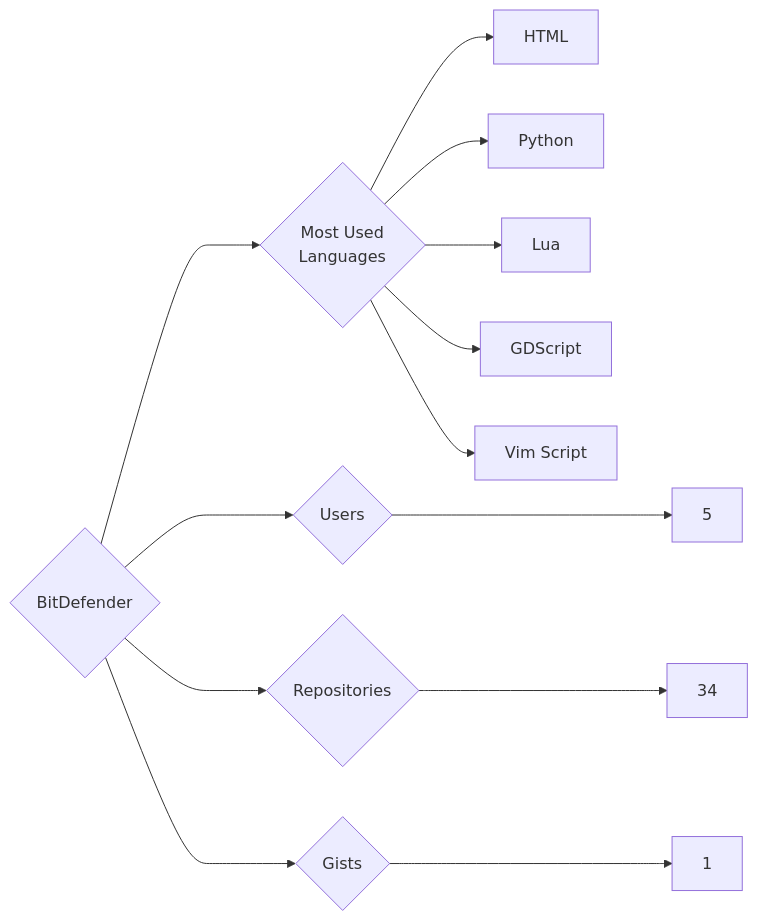
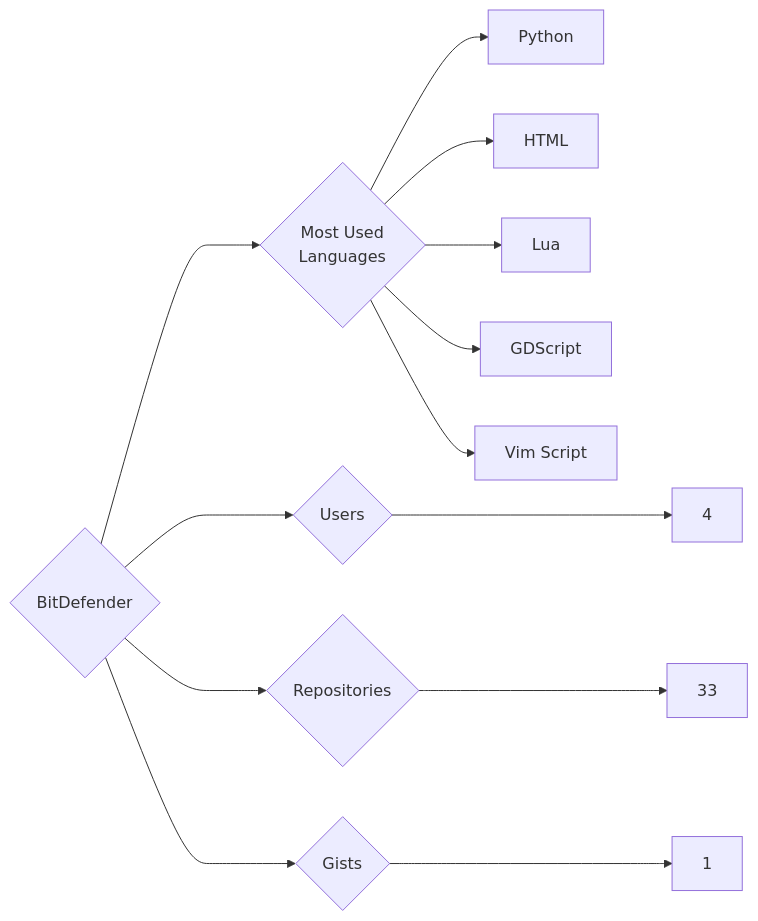
One commit to trickest/insiders changed the diagram in targets/BitDefender/README.md. Above: the diagram before and after it, drawn with Mermaid. The commit also changed 933 other files, not shown here.

````diff
--- a/targets/BitDefender/README.md
+++ b/targets/BitDefender/README.md
@@ -3,13 +3,13 @@
 ```mermaid
 graph LR
 COMPANY_NAME{BitDefender}
-COMPANY_NAME ---> U{Users} ---> UN[5]
-COMPANY_NAME ---> R{Repositories} ---> RN[34]
+COMPANY_NAME ---> U{Users} ---> UN[4]
+COMPANY_NAME ---> R{Repositories} ---> RN[33]
 COMPANY_NAME ---> G{Gists} ---> GN[1]
 COMPANY_NAME ---> ML{Most Used<br>Languages}
+ML --> Python[Python]
 ML --> HTML[HTML]
-ML --> Python[Python]
 ML --> Lua[Lua]
 ML --> GDScript[GDScript]
 ML --> Vim_Script[Vim Script]
 ```
````
